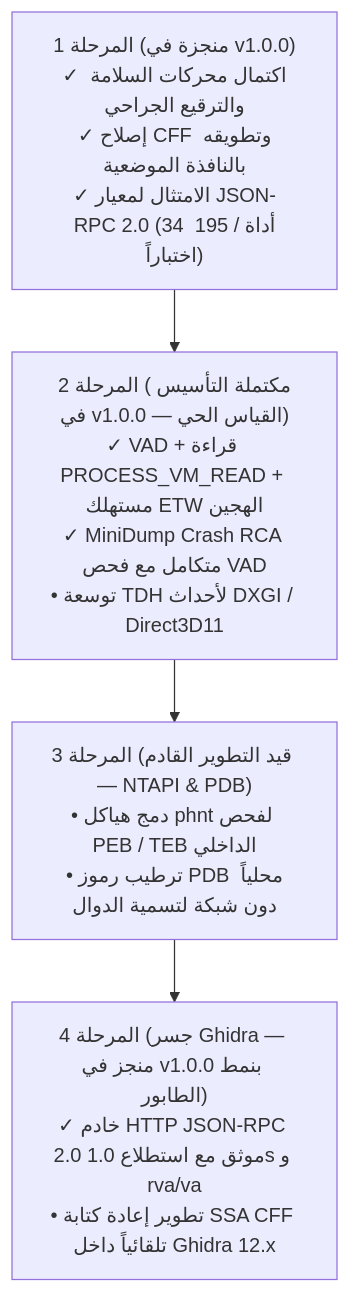
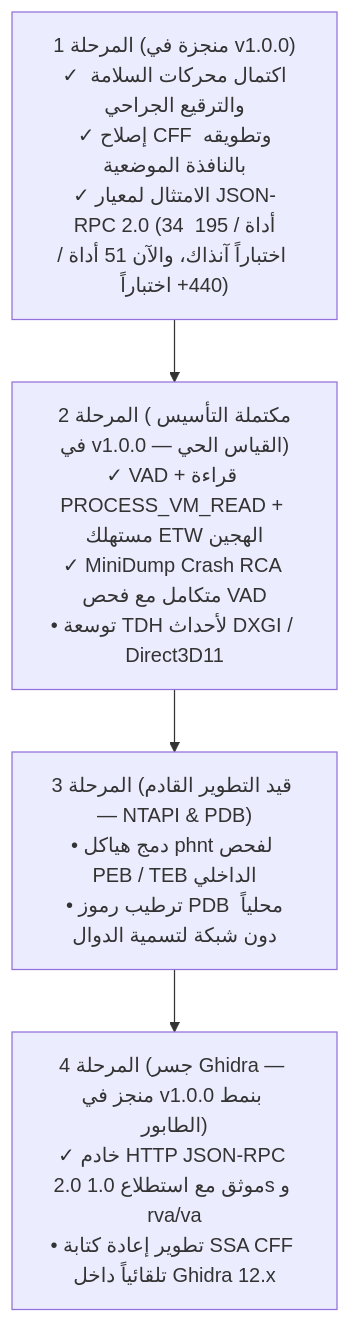
Before and after one commit to bio-colab/bintra: the diagram in docs/ROADMAP.md, drawn with Mermaid. The commit also changed other lines of this file and 29 other files, not shown here.

Commit message:
feat(evolution): apply NEON SOTA architecture evolution v2 with Windows NT headless runner support

````diff
--- a/docs/ROADMAP.md
+++ b/docs/ROADMAP.md
@@ -74,11 +74,11 @@
 ```mermaid
 flowchart TD
-    M1["المرحلة 1 (منجزة في v1.0.0)<br>✓ اكتمال محركات السلامة والترقيع الجراحي<br>✓ إصلاح CFF وتطويقه بالنافذة الموضعية<br>✓ الامتثال لمعيار JSON-RPC 2.0 (34 أداة / 195 اختباراً)"]
+    M1["المرحلة 1 (منجزة في v1.0.0)<br>✓ اكتمال محركات السلامة والترقيع الجراحي<br>✓ إصلاح CFF وتطويقه بالنافذة الموضعية<br>✓ الامتثال لمعيار JSON-RPC 2.0 (34 أداة / 195 اختباراً آنذاك، والآن 51 أداة / 440+ اختباراً)"]
     M2["المرحلة 2 (مكتملة التأسيس في v1.0.0 — القياس الحي)<br>✓ VAD + قراءة PROCESS_VM_READ + مستهلك ETW الهجين<br>✓ MiniDump Crash RCA متكامل مع فحص VAD<br>• توسعة TDH لأحداث DXGI / Direct3D11"]
     M3["المرحلة 3 (قيد التطوير القادم — NTAPI & PDB)<br>• دمج هياكل phnt لفحص PEB / TEB الداخلي<br>• ترطيب رموز PDB محلياً دون شبكة لتسمية الدوال"]
     M4["المرحلة 4 (جسر Ghidra — منجز في v1.0.0 بنمط الطابور)<br>✓ خادم HTTP JSON-RPC 2.0 موثق مع استطلاع 1.0s و rva/va<br>• تطوير إعادة كتابة SSA CFF تلقائياً داخل Ghidra 12.x"]
 
     M1 --> M2
     M2 --> M3
     M3 --> M4
 ```
````
